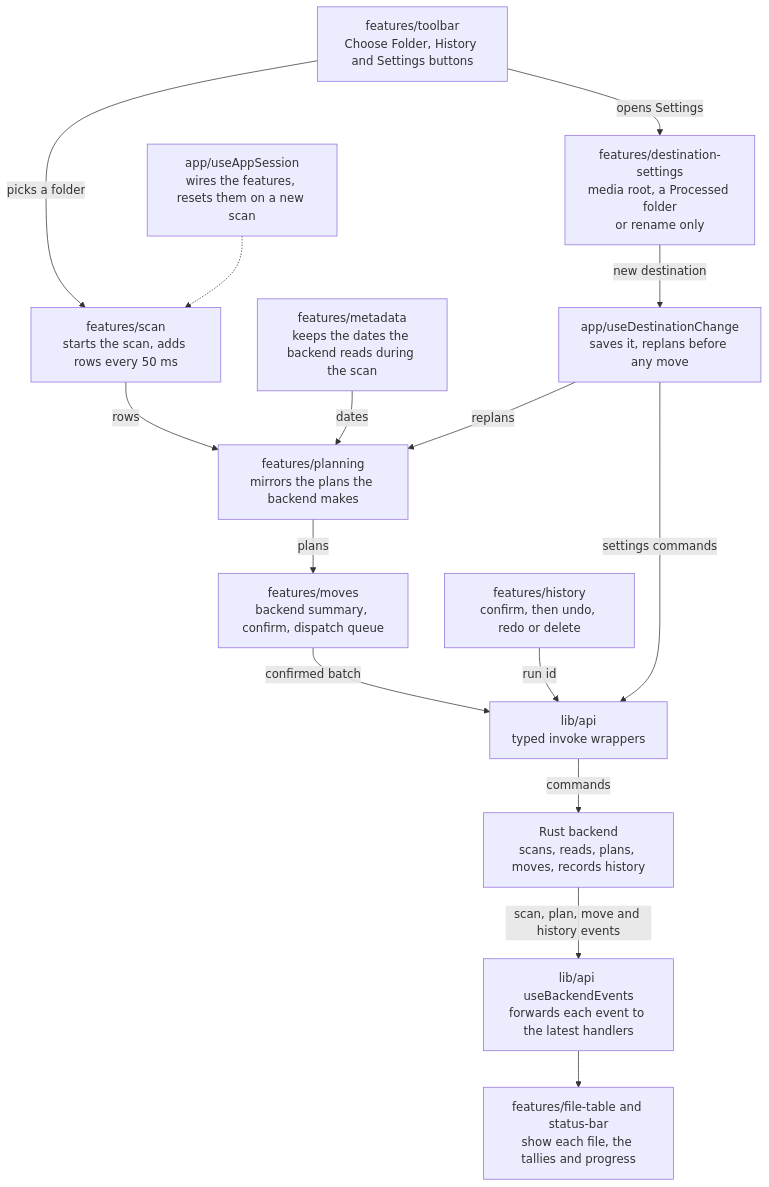
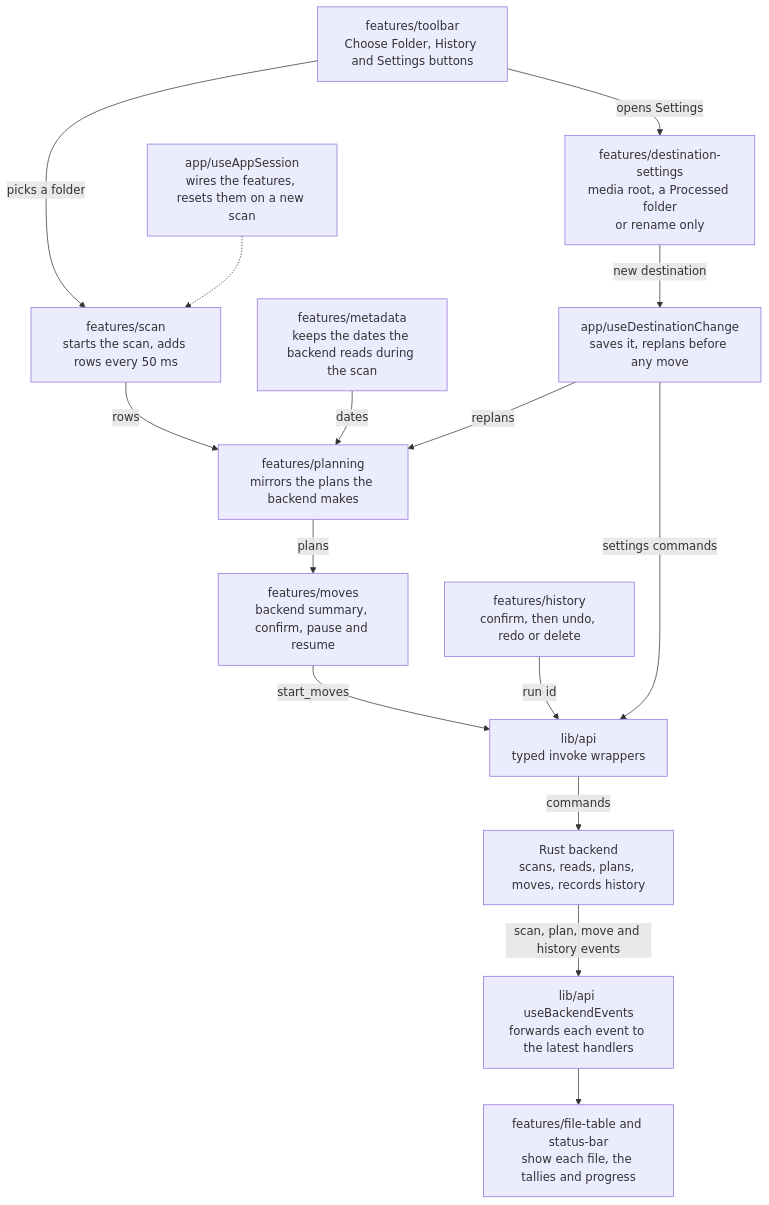
One commit to oleg-chibikov/media-organizer changed the second of 2 diagrams in src/README.md. Above: the diagram before and after it, drawn with Mermaid. The commit also changed 38 other files, not shown here.

First line of the commit message:
feat: run confirmed moves in Rust and clean the source when done

````diff
--- a/src/README.md
+++ b/src/README.md
@@ -65,17 +65,17 @@
 ```mermaid
 flowchart TD
   toolbar["features/toolbar<br/>Choose Folder, History and Settings buttons"] -->|picks a folder| scanHook
   session["app/useAppSession<br/>wires the features, resets them on a new scan"] -.-> scanHook
   scanHook["features/scan<br/>starts the scan, adds rows every 50 ms"] -->|rows| plan
   meta["features/metadata<br/>keeps the dates the backend reads during the scan"] -->|dates| plan
   plan["features/planning<br/>mirrors the plans the backend makes"] -->|plans| moves
-  moves["features/moves<br/>backend summary, confirm, dispatch queue"] -->|confirmed batch| api
+  moves["features/moves<br/>backend summary, confirm, pause and resume"] -->|start_moves| api
   history["features/history<br/>confirm, then undo, redo or delete"] -->|run id| api
   toolbar -->|opens Settings| settings["features/destination-settings<br/>media root, a Processed folder<br/>or rename only"]
   settings -->|new destination| destChange["app/useDestinationChange<br/>saves it, replans before any move"]
   destChange -->|settings commands| api
   destChange -->|replans| plan
   api["lib/api<br/>typed invoke wrappers"] -->|commands| backend["Rust backend<br/>scans, reads, plans, moves, records history"]
   backend -->|"scan, plan, move and history events"| events["lib/api useBackendEvents<br/>forwards each event to the latest handlers"]
   events --> ui["features/file-table and status-bar<br/>show each file, the tallies and progress"]
 ```
````
